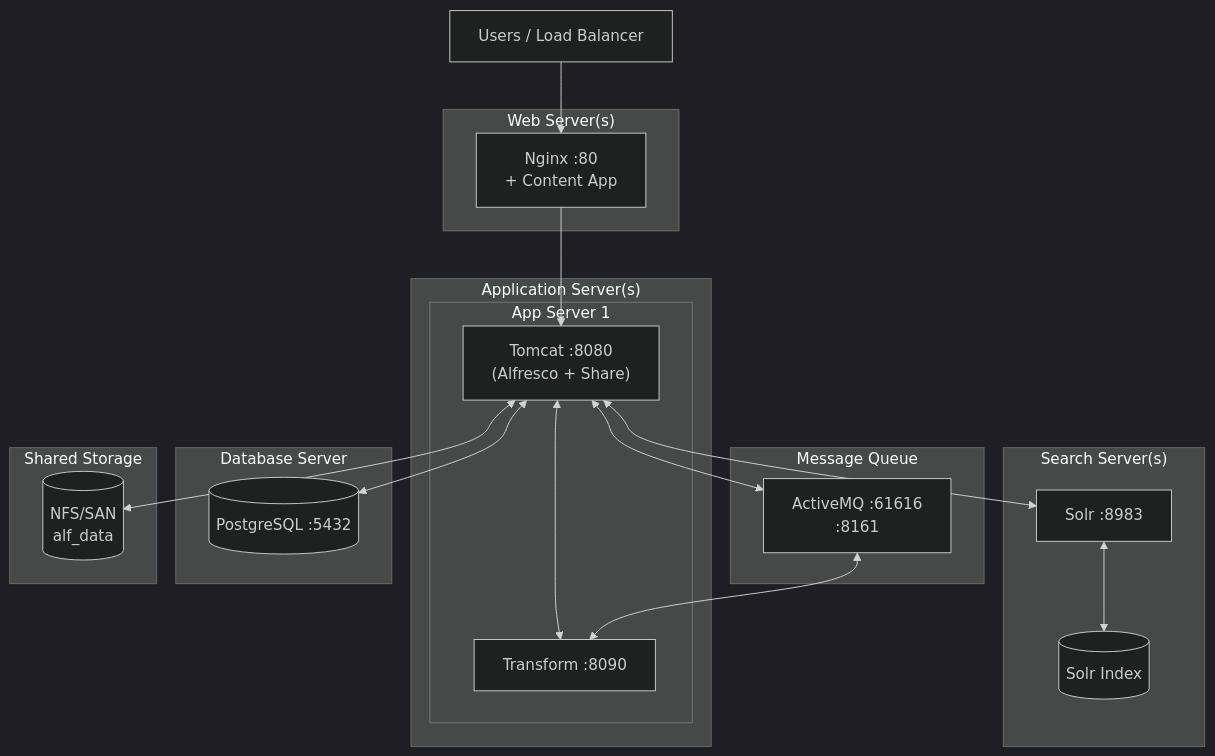
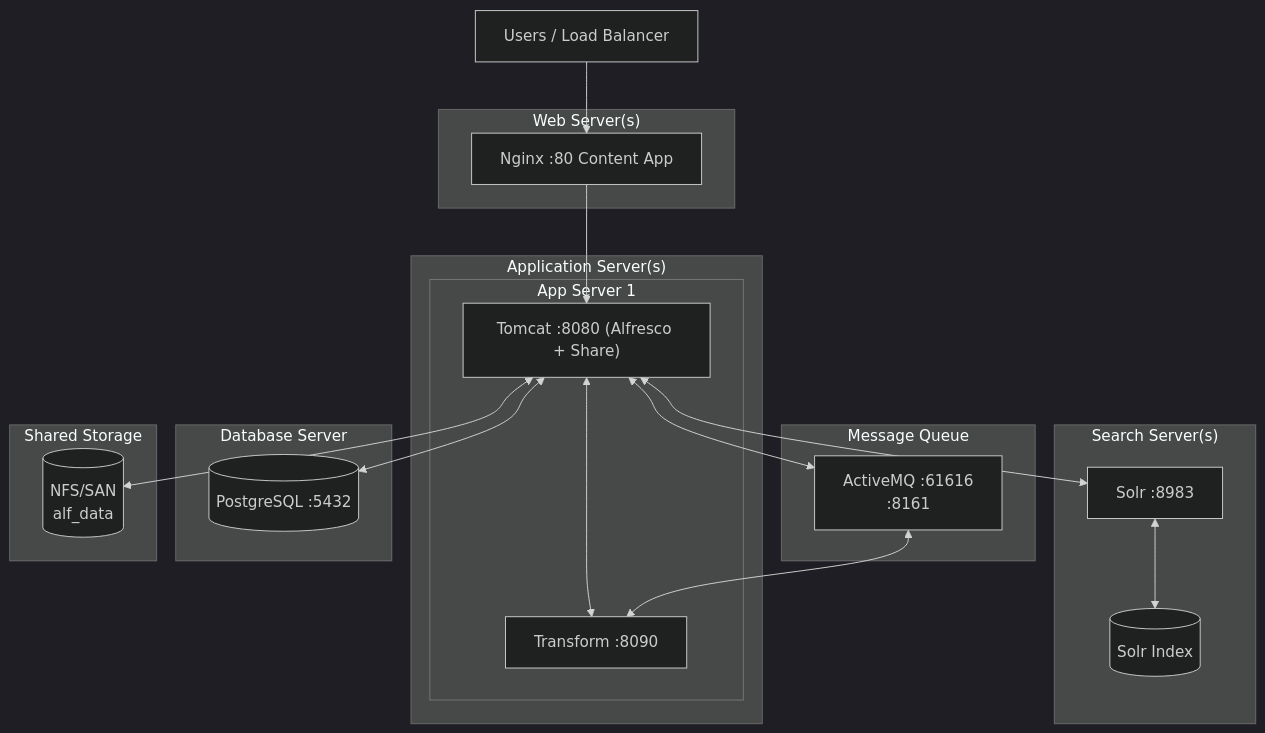
Before and after one commit to aborroy/alfresco-ubuntu-installer: the fifth of 7 diagrams in README.md, drawn with Mermaid (dark theme). The commit also changed other lines of this file, not shown here.

Commit message:
Fix diagrams

````diff
--- a/README.md
+++ b/README.md
@@ -635,42 +596,42 @@
 ```mermaid
 flowchart TB
     users["Users / Load Balancer"]
     
     subgraph web_tier["Web Server(s)"]
-        nginx1["Nginx :80\n+ Content App"]
+        nginx1["Nginx :80 Content App"]
     end
     
     subgraph app_tier["Application Server(s)"]
         subgraph app1["App Server 1"]
-            tomcat1["Tomcat :8080\n(Alfresco + Share)"]
+            tomcat1["Tomcat :8080 (Alfresco + Share)"]
             transform1["Transform :8090"]
         end
     end
     
     subgraph mq_tier["Message Queue"]
         activemq["ActiveMQ :61616\n:8161"]
     end
     
     subgraph search_tier["Search Server(s)"]
         solr["Solr :8983"]
         solr_index[("Solr Index")]
     end
     
     subgraph db_tier["Database Server"]
         postgres[("PostgreSQL :5432")]
     end
     
     subgraph storage["Shared Storage"]
         nas[("NFS/SAN\nalf_data")]
     end
     
     users --> nginx1
     nginx1 --> tomcat1
     tomcat1 <--> postgres
     tomcat1 <--> nas
     tomcat1 <--> activemq
     tomcat1 <--> solr
     tomcat1 <--> transform1
     activemq <--> transform1
     solr <--> solr_index
 ```
````
